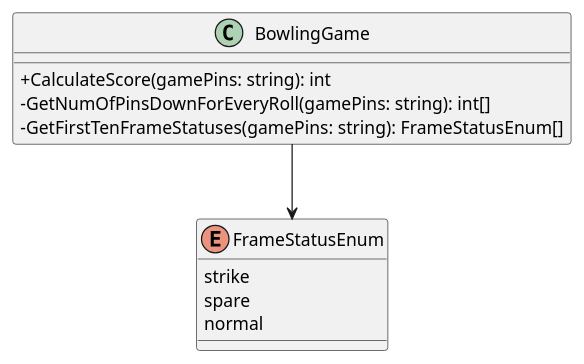
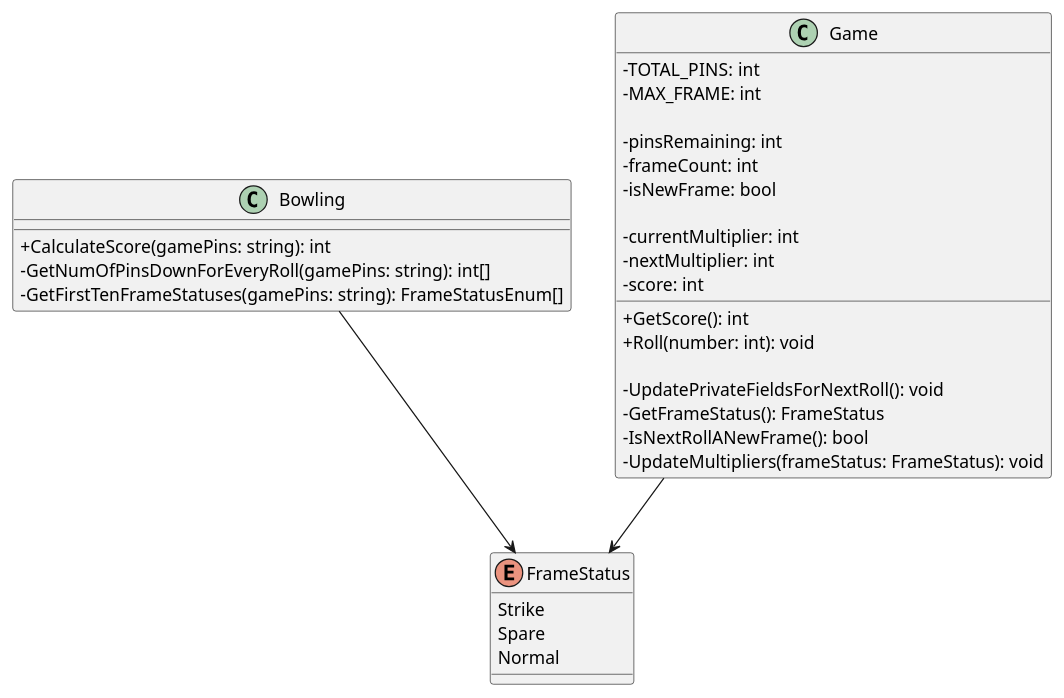
The diagram in puml/bowling.puml (iamfranco/BowlingGameKata), drawn with PlantUML before and after one commit. The commit also changed 1 other file, not shown here.

Commit message:
add Game class to plant UML diagram

```diff
--- a/puml/bowling.puml
+++ b/puml/bowling.puml
@@ -1,19 +1,41 @@
 @startuml "Bowling Game Kata"
 skinparam classAttributeIconSize 0
 
-enum FrameStatusEnum
+enum FrameStatus
 {
-  strike
-  spare
-  normal
+  Strike
+  Spare
+  Normal
 }
 
-class BowlingGame {
+class Bowling {
   + CalculateScore(gamePins: string): int
   - GetNumOfPinsDownForEveryRoll(gamePins: string): int[]
   - GetFirstTenFrameStatuses(gamePins: string): FrameStatusEnum[]
 }
 
-BowlingGame --> FrameStatusEnum
+class Game {
+  - TOTAL_PINS: int
+  - MAX_FRAME: int
+
+  - pinsRemaining: int
+  - frameCount: int
+  - isNewFrame: bool
+  
+  - currentMultiplier: int
+  - nextMultiplier: int
+  - score: int
+  
+  + GetScore(): int
+  + Roll(number: int): void
+
+  - UpdatePrivateFieldsForNextRoll(): void
+  - GetFrameStatus(): FrameStatus
+  - IsNextRollANewFrame(): bool
+  - UpdateMultipliers(frameStatus: FrameStatus): void
+}
+
+Bowling --> FrameStatus
+Game --> FrameStatus
 
 @enduml
```
